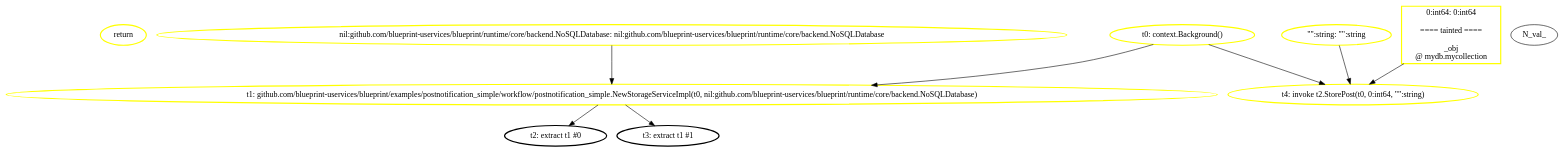
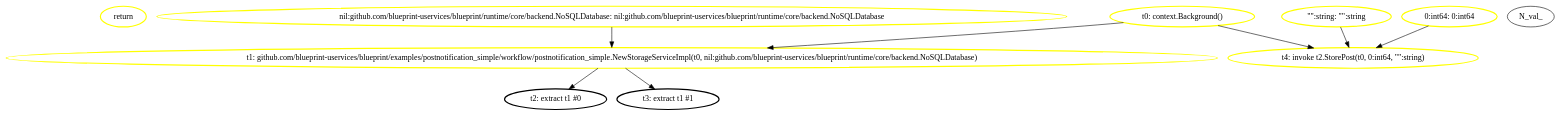
Before and after one commit to aletheia-microservices/aletheia: the diagram in ssa_analysis/analyzer/output/blueprint/postnotification/storageservice_storepost/graphs/main.main.dot, drawn with Graphviz. The commit also changed 88 other files, not shown here.

Commit message:
feat(abstractgraph): initial implementation of abstract call graph

```diff
--- a/ssa_analysis/analyzer/output/blueprint/postnotification/storageservice_storepost/graphs/main.main.dot
+++ b/ssa_analysis/analyzer/output/blueprint/postnotification/storageservice_storepost/graphs/main.main.dot
@@ -1,25 +1,19 @@
 digraph G {
 	rankdir=TD;
-	N_instr_ret_627687652 [label="return", style=bold, shape=ellipse, color="yellow"];
-	N_nil_707614612 [label="nil:github.com/blueprint-uservices/blueprint/runtime/core/backend.NoSQLDatabase: nil:github.com/blueprint-uservices/blueprint/runtime/core/backend.NoSQLDatabase", style=bold, shape=ellipse, color="yellow"];
+	N_instr_ret_1458413624 [label="return", style=bold, shape=ellipse, color="yellow"];
+	N_nil_368244634 [label="nil:github.com/blueprint-uservices/blueprint/runtime/core/backend.NoSQLDatabase: nil:github.com/blueprint-uservices/blueprint/runtime/core/backend.NoSQLDatabase", style=bold, shape=ellipse, color="yellow"];
 	N_val_"":string [label="\"\":string: \"\":string", style=bold, shape=ellipse, color="yellow"];
-	N_val_0:int64 [label="0:int64: 0:int64
-
-==== tainted ====
-
-_obj
-@ mydb.mycollection
-", style=bold, shape=box, color="yellow"];
+	N_val_0:int64 [label="0:int64: 0:int64", style=bold, shape=ellipse, color="yellow"];
 	N_val_call_254 [label="t0: context.Background()", style=bold, shape=ellipse, color="yellow"];
 	N_val_call_361 [label="t1: github.com/blueprint-uservices/blueprint/examples/postnotification_simple/workflow/postnotification_simple.NewStorageServiceImpl(t0, nil:github.com/blueprint-uservices/blueprint/runtime/core/backend.NoSQLDatabase)", style=bold, shape=ellipse, color="yellow"];
 	N_val_call_436 [label="t4: invoke t2.StorePost(t0, 0:int64, \"\":string)", style=bold, shape=ellipse, color="yellow"];
 	N_val_extrt2 [label="t2: extract t1 #0", style=bold, shape=ellipse, color="black"];
 	N_val_extrt3 [label="t3: extract t1 #1", style=bold, shape=ellipse, color="black"];
 	N_val_call_254 -> N_val_call_361;
-	N_nil_707614612 -> N_val_call_361;
+	N_nil_368244634 -> N_val_call_361;
 	N_val_call_361 -> N_val_extrt2;
 	N_val_call_361 -> N_val_extrt3;
 	N_val_call_254 -> N_val_call_436;
 	N_val_0:int64 -> N_val_call_436;
 	N_val_"":string -> N_val_call_436;
 }
```
